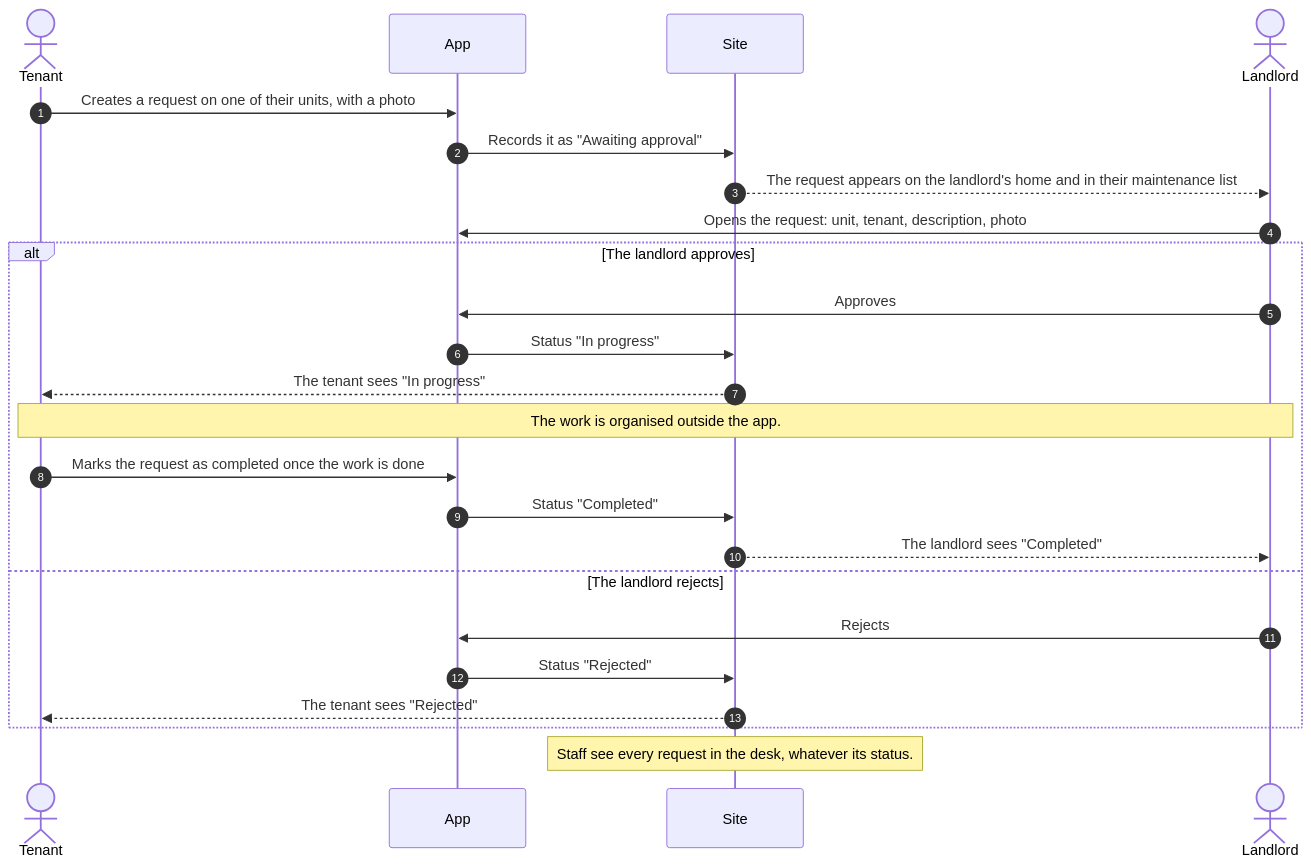
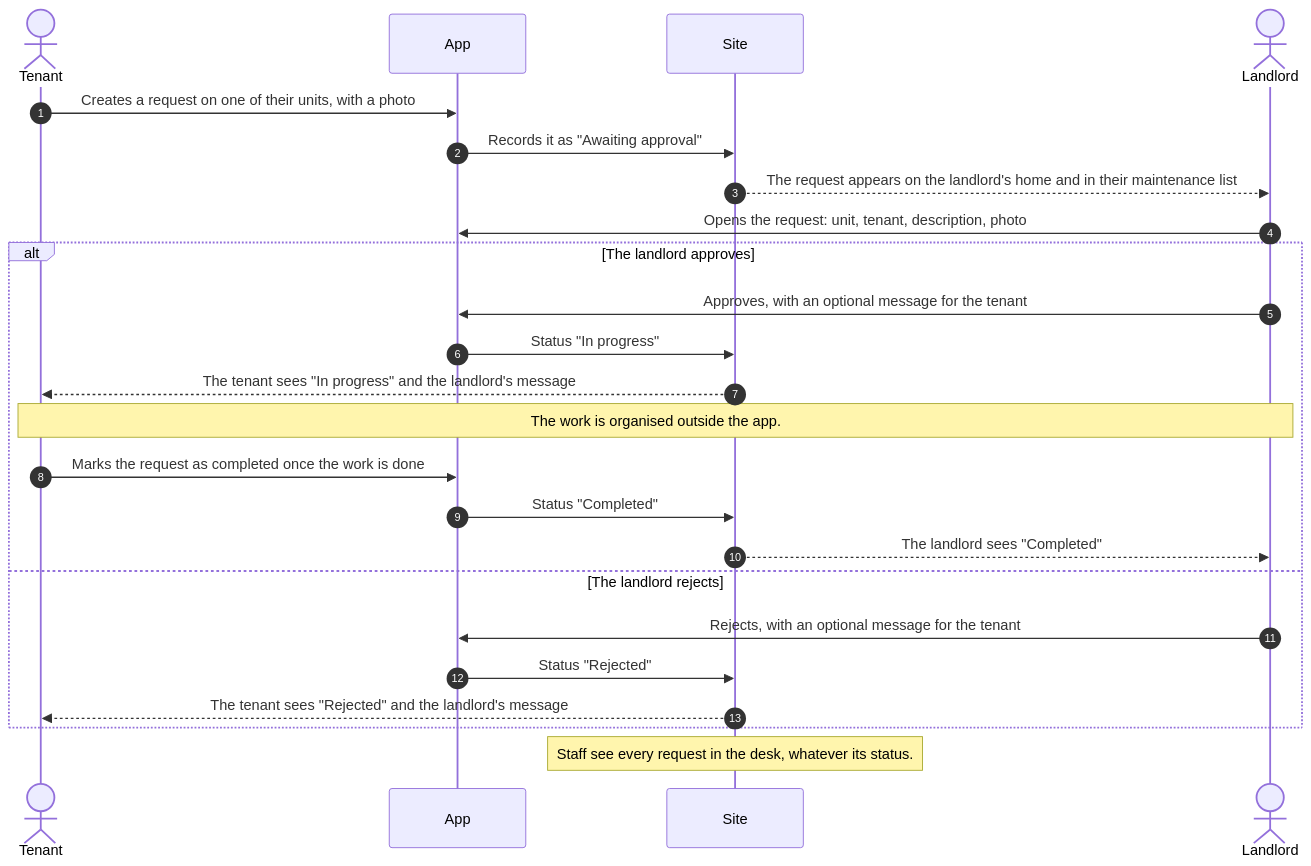
One commit to skyengpro/skyeng_immo changed the fourth of 7 diagrams in doc/app-usage-flows-immo.md. Above: the diagram before and after it, drawn with Mermaid. The commit also changed other lines of this file and 19 other files, not shown here.

````diff
--- a/doc/app-usage-flows-immo.md
+++ b/doc/app-usage-flows-immo.md
@@ -131,27 +131,27 @@
 ```mermaid
 sequenceDiagram
     autonumber
     actor L as Tenant
     participant A as App
     participant D as Site
     actor B as Landlord
 
     L->>A: Creates a request on one of their units, with a photo
     A->>D: Records it as "Awaiting approval"
     D-->>B: The request appears on the landlord's home and in their maintenance list
     B->>A: Opens the request: unit, tenant, description, photo
     alt The landlord approves
-        B->>A: Approves
+        B->>A: Approves, with an optional message for the tenant
         A->>D: Status "In progress"
-        D-->>L: The tenant sees "In progress"
+        D-->>L: The tenant sees "In progress" and the landlord's message
         Note over L,B: The work is organised outside the app.
         L->>A: Marks the request as completed once the work is done
         A->>D: Status "Completed"
         D-->>B: The landlord sees "Completed"
     else The landlord rejects
-        B->>A: Rejects
+        B->>A: Rejects, with an optional message for the tenant
         A->>D: Status "Rejected"
-        D-->>L: The tenant sees "Rejected"
+        D-->>L: The tenant sees "Rejected" and the landlord's message
     end
     Note over D: Staff see every request in the desk, whatever its status.
 ```
````
